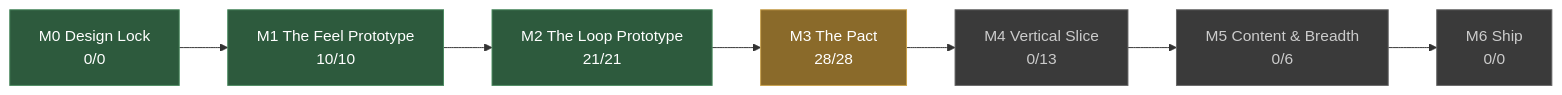
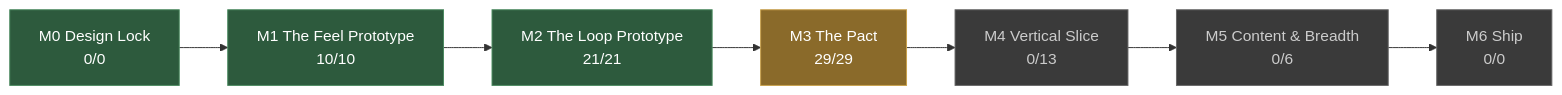
Before and after one commit to JoshuaGessner/she: the diagram in docs/STATUS.md, drawn with Mermaid. The commit also changed other lines of this file and 8 other files, not shown here.

````diff
--- a/docs/STATUS.md
+++ b/docs/STATUS.md
@@ -13,19 +13,19 @@
 ```mermaid
 flowchart LR
   M0["M0 Design Lock<br/>0/0"]:::passed
   M1["M1 The Feel Prototype<br/>10/10"]:::passed
   M0 --> M1
   M2["M2 The Loop Prototype<br/>21/21"]:::passed
   M1 --> M2
-  M3["M3 The Pact<br/>28/28"]:::current
+  M3["M3 The Pact<br/>29/29"]:::current
   M2 --> M3
   M4["M4 Vertical Slice<br/>0/13"]:::ahead
   M3 --> M4
   M5["M5 Content & Breadth<br/>0/6"]:::ahead
   M4 --> M5
   M6["M6 Ship<br/>0/0"]:::ahead
   M5 --> M6
   classDef passed fill:#2d5a3d,stroke:#4a8a5f,color:#fff
   classDef current fill:#8a6a2a,stroke:#c8a04a,color:#fff
   classDef ahead fill:#3a3a3a,stroke:#666,color:#ccc
 ```
````
